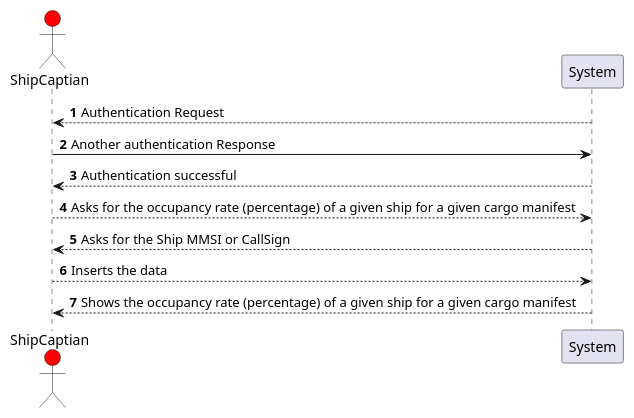
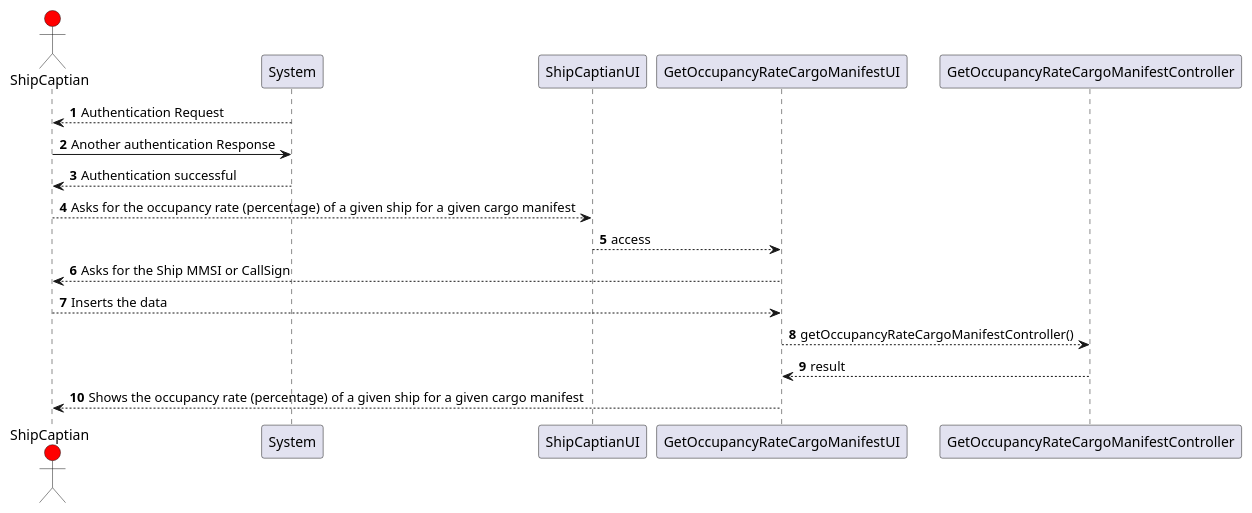
The diagram in Docs/Sprint2/US208/sd.puml (LourencoMelo/ISEP-LAPR3-ESINF), drawn with PlantUML before and after one commit. The commit also changed 3 other files, not shown here.

```diff
--- a/Docs/Sprint2/US208/sd.puml
+++ b/Docs/Sprint2/US208/sd.puml
@@ -1,15 +1,18 @@
 @startuml
 
 autonumber
 
 actor ShipCaptian #red
 
 System --> ShipCaptian: Authentication Request
 ShipCaptian -> System : Another authentication Response
 System --> ShipCaptian : Authentication successful
-ShipCaptian --> System : Asks for the occupancy rate (percentage) of a given ship for a given cargo manifest
-System --> ShipCaptian : Asks for the Ship MMSI or CallSign
-ShipCaptian --> System : Inserts the data
-System --> ShipCaptian : Shows the occupancy rate (percentage) of a given ship for a given cargo manifest
+ShipCaptian --> ShipCaptianUI : Asks for the occupancy rate (percentage) of a given ship for a given cargo manifest
+ShipCaptianUI --> GetOccupancyRateCargoManifestUI : access
+GetOccupancyRateCargoManifestUI --> ShipCaptian : Asks for the Ship MMSI or CallSign
+ShipCaptian --> GetOccupancyRateCargoManifestUI : Inserts the data
+GetOccupancyRateCargoManifestUI --> GetOccupancyRateCargoManifestController : getOccupancyRateCargoManifestController()
+GetOccupancyRateCargoManifestController --> GetOccupancyRateCargoManifestUI : result
+GetOccupancyRateCargoManifestUI --> ShipCaptian : Shows the occupancy rate (percentage) of a given ship for a given cargo manifest
 
 @enduml
```
